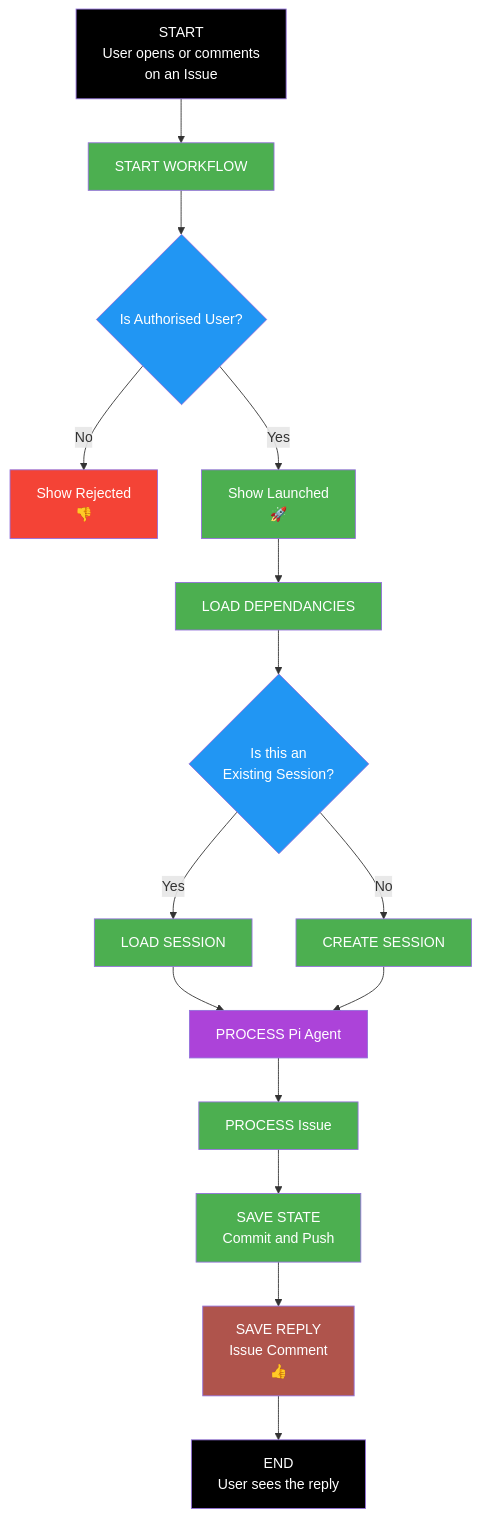
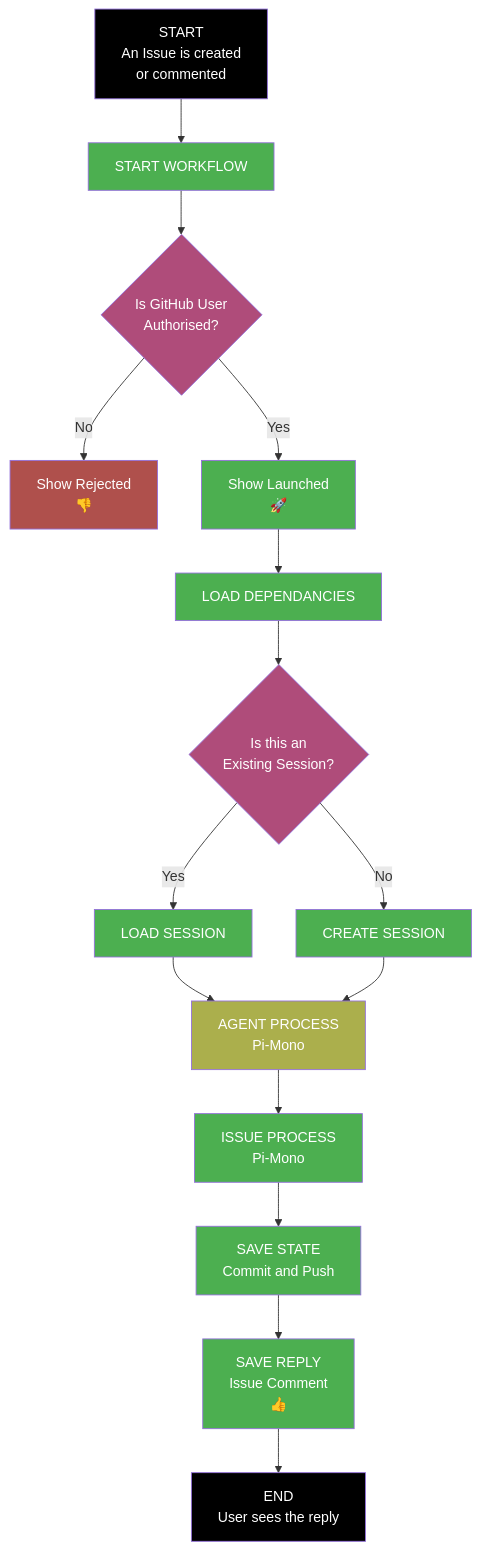
The diagram in README.md (japer-technology/github-minimum-intelligence), drawn with Mermaid before and after one commit.

````diff
--- a/README.md
+++ b/README.md
@@ -86,32 +86,32 @@
 ```mermaid
 flowchart TD
-    A["START<br/>User opens or comments<br/>on an Issue"] --> B["START WORKFLOW"]
-    B --> C{"Is Authorised User?"}
+    A["START<br/>An Issue is created<br/>or commented"] --> B["START WORKFLOW"]
+    B --> C{"Is GitHub User<br/>Authorised?"}
     C -- No --> D["Show Rejected<br/>👎"]
     C -- Yes --> E["Show Launched<br/>🚀"]
     E --> F["LOAD DEPENDANCIES"]
     F --> G{"Is this an<br/>Existing Session?"}
     G -- Yes --> H["LOAD SESSION"]
     G -- No --> I["CREATE SESSION"]
-    H --> J["PROCESS Pi Agent"]
+    H --> J["AGENT PROCESS<br/>Pi-Mono"]
     I --> J
-    J --> K["PROCESS Issue"]
+    J --> K["ISSUE PROCESS<br/>Pi-Mono"]
     K --> L["SAVE STATE<br/>Commit and Push"]
     L --> M["SAVE REPLY<br/>Issue Comment<br/>👍"]
     M --> N["END<br/>User sees the reply"]
 
     style A fill:#000000,color:#fff
     style B fill:#4CAF50,color:#fff
-    style C fill:#2196F3,color:#fff
-    style D fill:#f44336,color:#fff
+    style C fill:#AF4C7A,color:#fff
+    style D fill:#AF504C,color:#fff
     style E fill:#4CAF50,color:#fff
     style F fill:#4CAF50,color:#fff
-    style G fill:#2196F3,color:#fff
+    style G fill:#AF4C7A,color:#fff
     style H fill:#4CAF50,color:#fff
     style I fill:#4CAF50,color:#fff
-    style J fill:#AC43D9,color:#fff
+    style J fill:#ABAF4C,color:#fff
     style K fill:#4CAF50,color:#fff
     style L fill:#4CAF50,color:#fff
-    style M fill:#af544c,color:#fff
+    style M fill:#4CAF50,color:#fff
     style N fill:#000000,color:#fff
 ```
````
